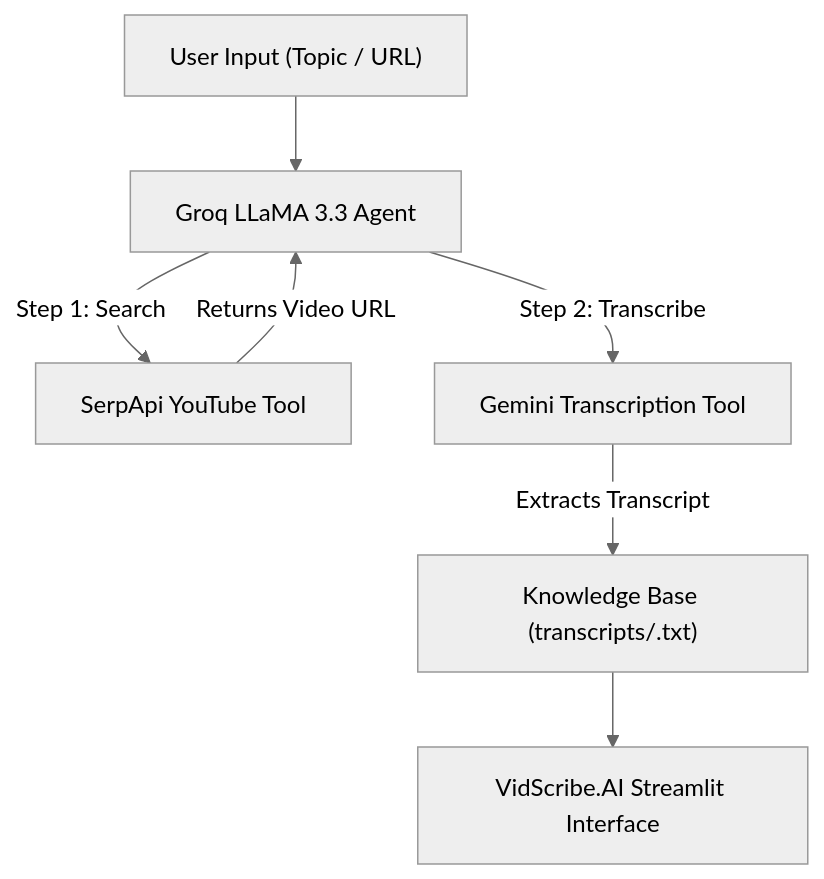
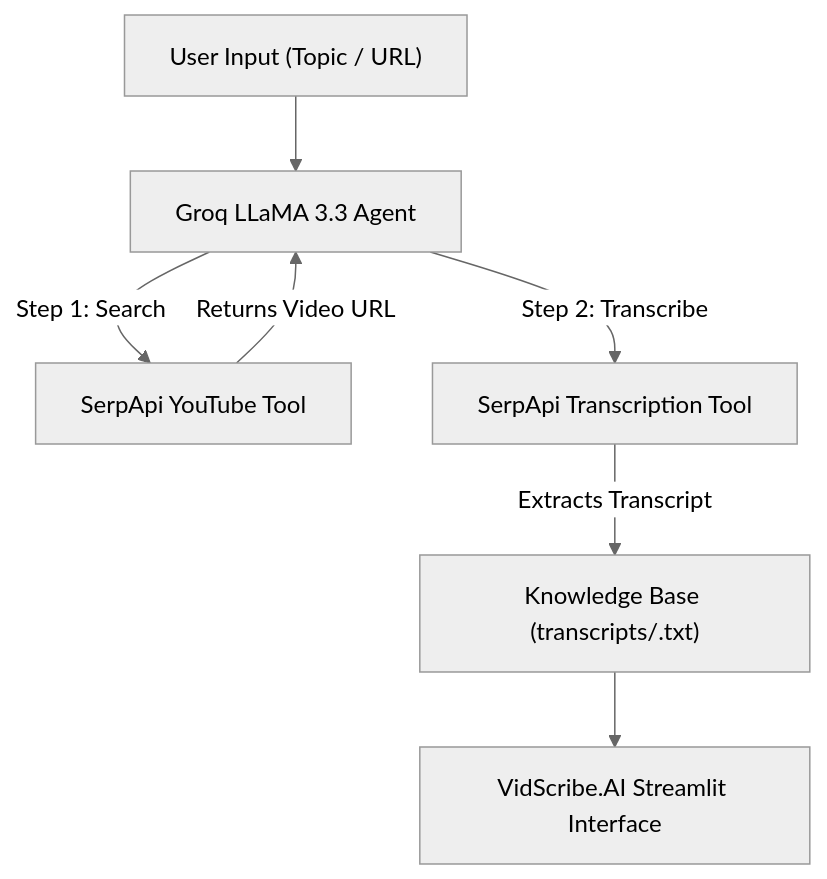
The diagram in README.md (Arslan-Codes097/YouTube-Video-Search-Transcription-AI-Agent-), drawn with Mermaid (neutral theme) before and after one commit. The commit also changed other lines of this file and 4 other files, not shown here.

Commit message:
Refactor: Switch to SerpApi for transcript extraction, remove Gemini completely

````diff
--- a/README.md
+++ b/README.md
@@ -65,9 +61,9 @@
 ```mermaid
 flowchart TD
     User["User Input (Topic / URL)"] --> Agent["Groq LLaMA 3.3 Agent"]
     Agent -->|Step 1: Search| SerpApi["SerpApi YouTube Tool"]
     SerpApi -->|Returns Video URL| Agent
-    Agent -->|Step 2: Transcribe| Gemini["Gemini Transcription Tool"]
-    Gemini -->|Extracts Transcript| KB["Knowledge Base (transcripts/<video_id>.txt)"]
+    Agent -->|Step 2: Transcribe| SerpApiTranscript["SerpApi Transcription Tool"]
+    SerpApiTranscript -->|Extracts Transcript| KB["Knowledge Base (transcripts/<video_id>.txt)"]
     KB --> UI["VidScribe.AI Streamlit Interface"]
 ```
````
